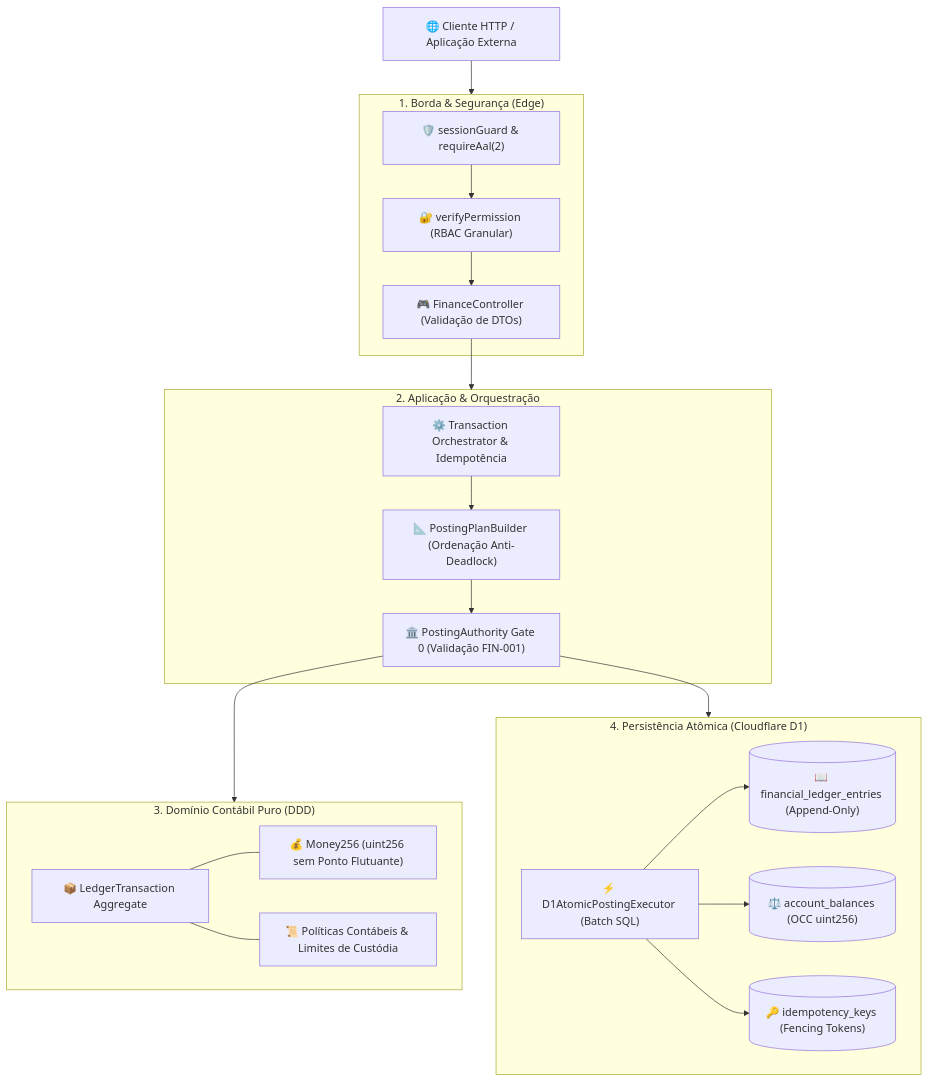
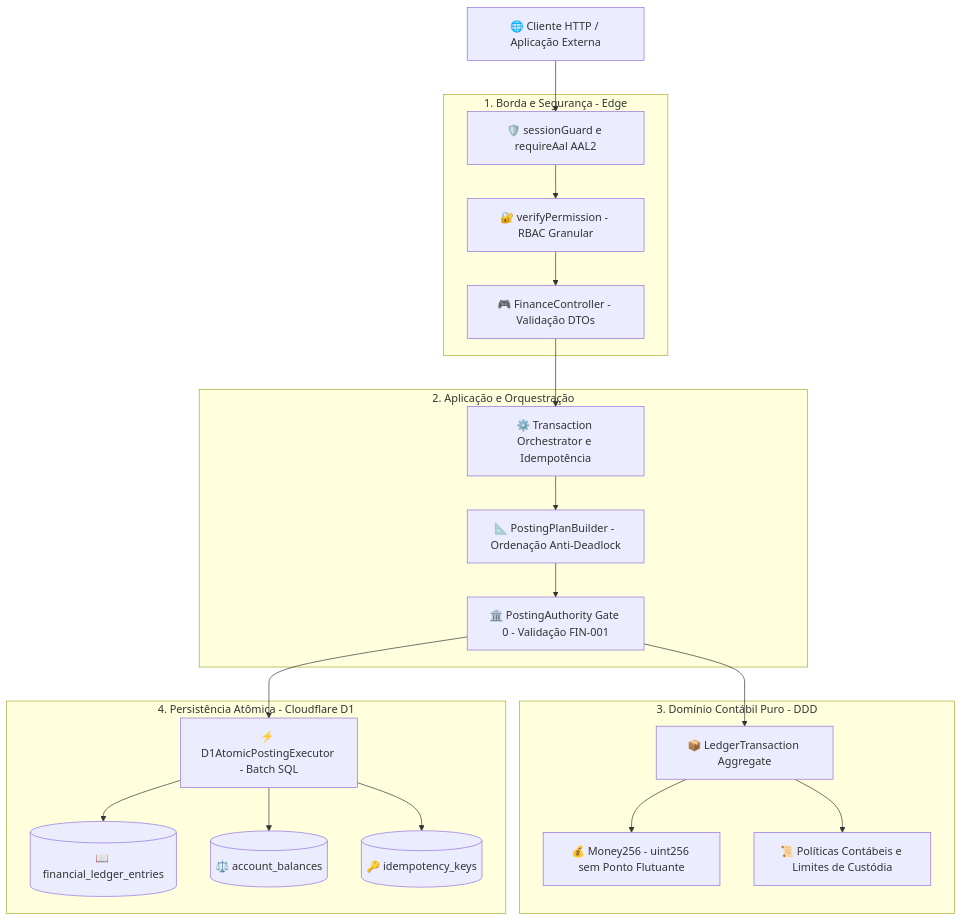
The diagram in docs/FINANCE_CORE_ARCHITECTURE_AUDIT_MAP.md (DIGITAL-WORLD-ECOSYSTEM/BACKEND), drawn with Mermaid before and after one commit. The commit also changed other lines of this file, not shown here.

Commit message:
docs(finance): harmonize API catalog, repair Mermaid flowchart, and canonicalize verified relative paths

````diff
--- a/docs/FINANCE_CORE_ARCHITECTURE_AUDIT_MAP.md
+++ b/docs/FINANCE_CORE_ARCHITECTURE_AUDIT_MAP.md
@@ -28,41 +32,43 @@
 ```mermaid
 flowchart TD
     CLIENT["🌐 Cliente HTTP / Aplicação Externa"]
 
-    subgraph INGRESS ["1. Borda & Segurança (Edge)"]
-        AUTH["🛡️ sessionGuard & requireAal(2)"]
-        RBAC["🔐 verifyPermission (RBAC Granular)"]
-        CTRL["🎮 FinanceController (Validação de DTOs)"]
-        AUTH --> RBAC --> CTRL
+    subgraph INGRESS["1. Borda e Segurança - Edge"]
+        AUTH["🛡️ sessionGuard e requireAal AAL2"]
+        RBAC["🔐 verifyPermission - RBAC Granular"]
+        CTRL["🎮 FinanceController - Validação DTOs"]
+        AUTH --> RBAC
+        RBAC --> CTRL
     end
 
-    subgraph APPLICATION ["2. Aplicação & Orquestração"]
-        ORCH["⚙️ Transaction Orchestrator & Idempotência"]
-        BUILDER["📐 PostingPlanBuilder (Ordenação Anti-Deadlock)"]
-        GATE0["🏛️ PostingAuthority Gate 0 (Validação FIN-001)"]
-        ORCH --> BUILDER --> GATE0
+    subgraph APPLICATION["2. Aplicação e Orquestração"]
+        ORCH["⚙️ Transaction Orchestrator e Idempotência"]
+        BUILDER["📐 PostingPlanBuilder - Ordenação Anti-Deadlock"]
+        GATE0["🏛️ PostingAuthority Gate 0 - Validação FIN-001"]
+        ORCH --> BUILDER
+        BUILDER --> GATE0
     end
 
-    subgraph DOMAIN ["3. Domínio Contábil Puro (DDD)"]
+    subgraph DOMAIN["3. Domínio Contábil Puro - DDD"]
         AGG["📦 LedgerTransaction Aggregate"]
-        MONEY["💰 Money256 (uint256 sem Ponto Flutuante)"]
-        POLICIES["📜 Políticas Contábeis & Limites de Custódia"]
-        AGG --- MONEY
-        AGG --- POLICIES
+        MONEY["💰 Money256 - uint256 sem Ponto Flutuante"]
+        POLICIES["📜 Políticas Contábeis e Limites de Custódia"]
+        AGG --> MONEY
+        AGG --> POLICIES
     end
 
-    subgraph STORAGE ["4. Persistência Atômica (Cloudflare D1)"]
-        EXEC["⚡ D1AtomicPostingExecutor (Batch SQL)"]
-        LEDGER[("📖 financial_ledger_entries (Append-Only)")]
-        BALANCES[("⚖️ account_balances (OCC uint256)")]
-        IDEMP[("🔑 idempotency_keys (Fencing Tokens)")]
+    subgraph STORAGE["4. Persistência Atômica - Cloudflare D1"]
+        EXEC["⚡ D1AtomicPostingExecutor - Batch SQL"]
+        LEDGER[("📖 financial_ledger_entries")]
+        BALANCES[("⚖️ account_balances")]
+        IDEMP[("🔑 idempotency_keys")]
         EXEC --> LEDGER
         EXEC --> BALANCES
         EXEC --> IDEMP
     end
 
-    CLIENT --> INGRESS
-    CTRL --> APPLICATION
-    GATE0 --> DOMAIN
-    GATE0 --> STORAGE
+    CLIENT --> AUTH
+    CTRL --> ORCH
+    GATE0 --> AGG
+    GATE0 --> EXEC
 ```
````
